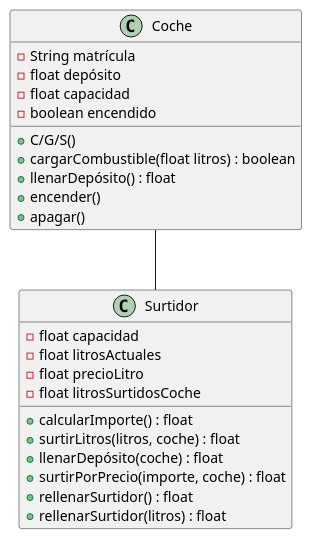
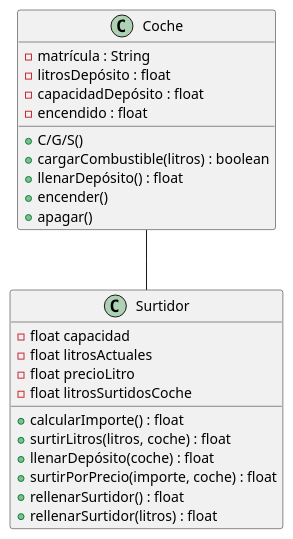
Before and after one commit to elprofesoremilio/DAM1_2425_Java: the diagram in out/production/DAM1_2425_Java/EjerciciosClase/Gasolinera/Gasolinera.puml, drawn with PlantUML. The commit also changed 8 other files, not shown here.

```diff
--- a/out/production/DAM1_2425_Java/EjerciciosClase/Gasolinera/Gasolinera.puml
+++ b/out/production/DAM1_2425_Java/EjerciciosClase/Gasolinera/Gasolinera.puml
@@ -1,29 +1,30 @@
 @startuml
 class Coche {
-    - String matrícula
-    - float depósito
-    - float capacidad
-    - boolean encendido
+    - matrícula : String
+    - litrosDepósito : float
+    - capacidadDepósito : float
+    - encendido : float
 
     + C/G/S()
-    + cargarCombustible(float litros) : boolean
+    + cargarCombustible(litros) : boolean
     + llenarDepósito() : float
     + encender()
     + apagar()
 }
+
 class Surtidor {
     - float capacidad
     - float litrosActuales
     - float precioLitro
     - float litrosSurtidosCoche
 
     + calcularImporte() : float
     + surtirLitros(litros, coche) : float
     + llenarDepósito(coche) : float
     + surtirPorPrecio(importe, coche) : float
     + rellenarSurtidor() : float
     + rellenarSurtidor(litros) : float
 }
 Surtidor -u- Coche
 
 @enduml
```
